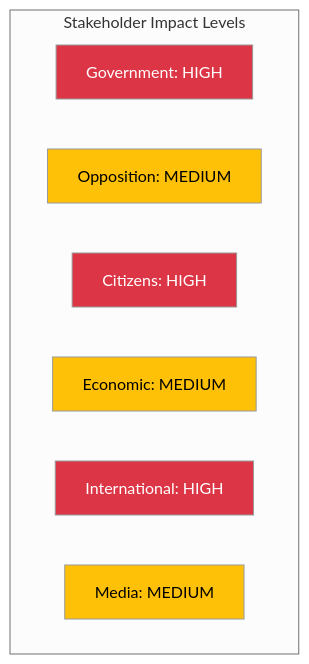
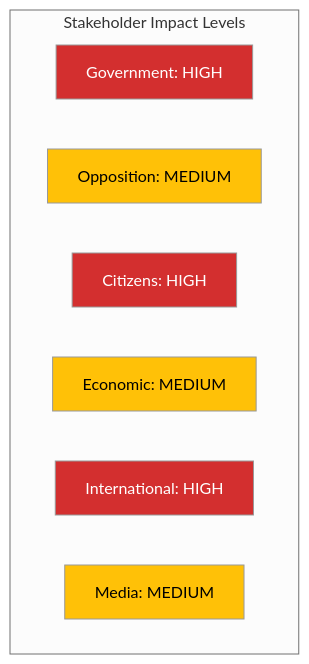
One commit to Hack23/riksdagsmonitor changed the diagram in analysis/daily/2026-04-09/realtime-1029/stakeholder-perspectives.md. Above: the diagram before and after it, drawn with Mermaid (neutral theme). The commit also changed 785 other files, not shown here.

First line of the commit message:
Normalize mermaid colors across 786 analysis artifacts to ISMS Style Guide palette

````diff
--- a/analysis/daily/2026-04-09/realtime-1029/stakeholder-perspectives.md
+++ b/analysis/daily/2026-04-09/realtime-1029/stakeholder-perspectives.md
@@ -5,17 +5,17 @@
 ```mermaid
 graph TD
     subgraph Stakeholder Impact Levels
         G[Government: HIGH]
         O[Opposition: MEDIUM]
         C[Citizens: HIGH]
         E[Economic: MEDIUM]
         I[International: HIGH]
         M[Media: MEDIUM]
     end
-    style G fill:#dc3545,color:#ffffff
-    style O fill:#ffc107,color:#000000
-    style C fill:#dc3545,color:#ffffff
-    style E fill:#ffc107,color:#000000
-    style I fill:#dc3545,color:#ffffff
-    style M fill:#ffc107,color:#000000
+    style G fill:#D32F2F,color:#FFFFFF
+    style O fill:#FFC107,color:#000000
+    style C fill:#D32F2F,color:#FFFFFF
+    style E fill:#FFC107,color:#000000
+    style I fill:#D32F2F,color:#FFFFFF
+    style M fill:#FFC107,color:#000000
 ```
````
